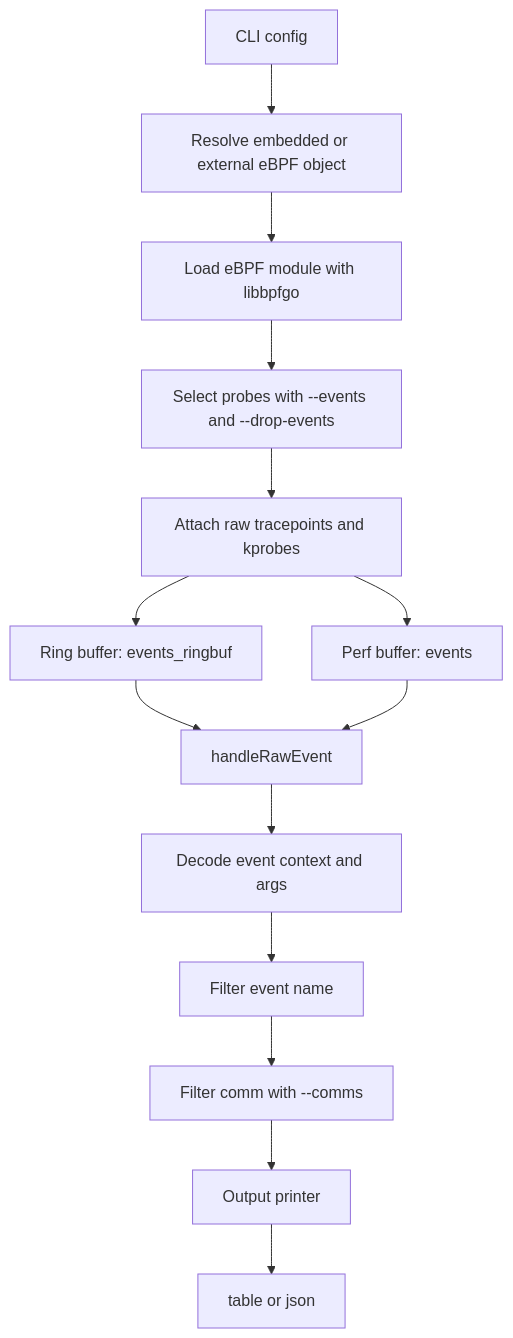
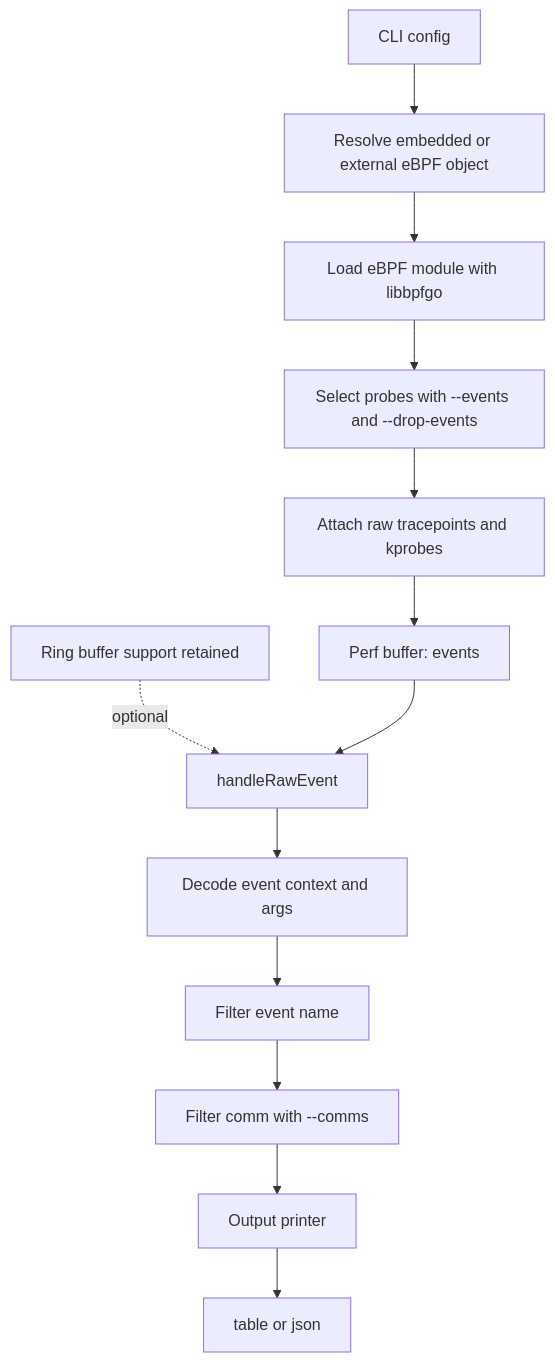
One commit to sroman0/Thesis_documentation changed the first of 3 diagrams in demo/first_demo.md. Above: the diagram before and after it, drawn with Mermaid. The commit also changed other lines of this file and 22 other files, not shown here.

````diff
--- a/demo/first_demo.md
+++ b/demo/first_demo.md
@@ -19,16 +20,15 @@
 ```mermaid
 flowchart TD
     A[CLI config] --> B[Resolve embedded or external eBPF object]
     B --> C[Load eBPF module with libbpfgo]
     C --> D[Select probes with --events and --drop-events]
     D --> E[Attach raw tracepoints and kprobes]
-    E --> F1[Ring buffer: events_ringbuf]
     E --> F2[Perf buffer: events]
-    F1 --> G[handleRawEvent]
-    F2 --> G
+    R[Ring buffer support retained] -. optional .-> G
+    F2 --> G[handleRawEvent]
     G --> H[Decode event context and args]
     H --> I[Filter event name]
     I --> J[Filter comm with --comms]
     J --> K[Output printer]
     K --> L[table or json]
 ```
````
